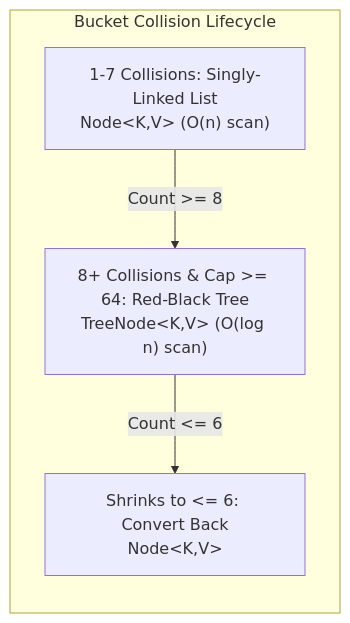
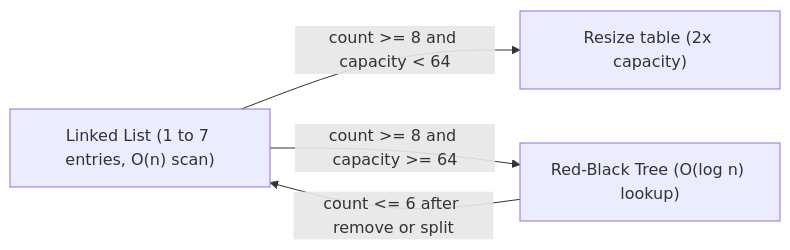
Before and after one commit to ravishankar2463/java_hub: the second of 3 diagrams in content/roadmap/level-3/the-collections-framework-maps.md, drawn with Mermaid. The commit also changed other lines of this file and 119 other files, not shown here.

Commit message:
feat: add comprehensive java learning roadmap content across multiple levels

````diff
--- a/content/roadmap/level-3/the-collections-framework-maps.md
+++ b/content/roadmap/level-3/the-collections-framework-maps.md
@@ -95,11 +108,6 @@
 ```mermaid
 flowchart LR
-    subgraph CollisionEvolution ["Bucket Collision Lifecycle"]
-        LL["1-7 Collisions: Singly-Linked List<br/>Node&lt;K,V&gt; (O(n) scan)"]
-        Tree["8+ Collisions &amp; Cap &gt;= 64: Red-Black Tree<br/>TreeNode&lt;K,V&gt; (O(log n) scan)"]
-        Untree["Shrinks to &lt;= 6: Convert Back<br/>Node&lt;K,V&gt;"]
-
-        LL -->|"Count &gt;= 8"| Tree
-        Tree -->|"Count &lt;= 6"| Untree
-    end
+    listBucket["Linked List (1 to 7 entries, O(n) scan)"] -->|"count >= 8 and capacity < 64"| resize["Resize table (2x capacity)"]
+    listBucket -->|"count >= 8 and capacity >= 64"| treeBucket["Red-Black Tree (O(log n) lookup)"]
+    treeBucket -->|"count <= 6 after remove or split"| listBucket
 ```
````
